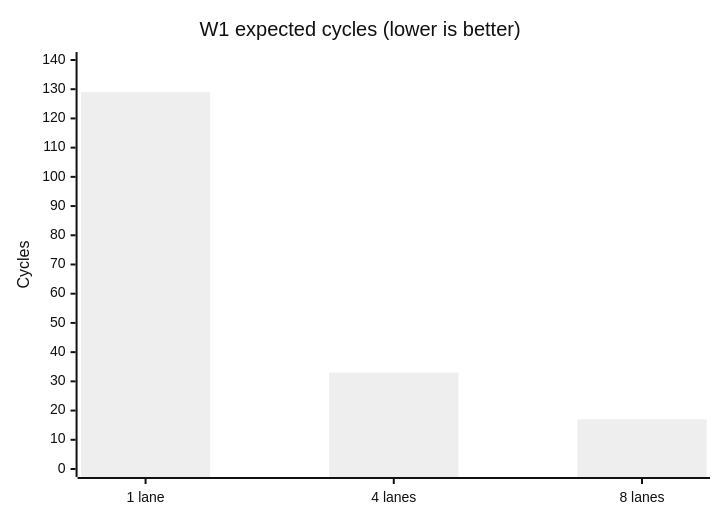
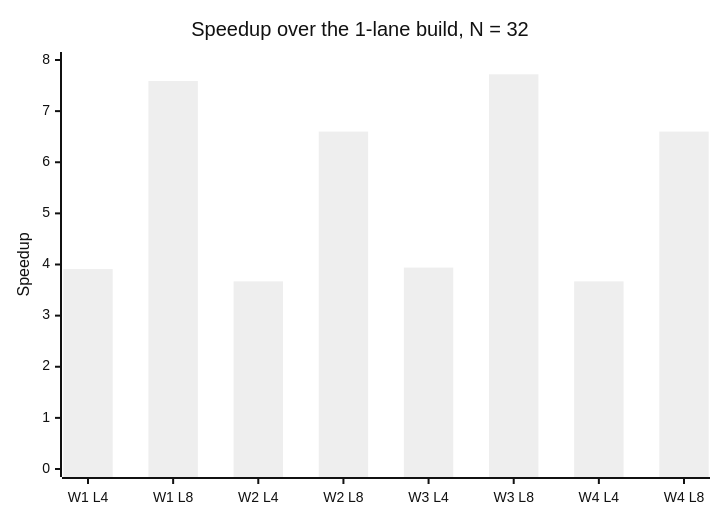
Before and after one commit to nipun1803/LaneForge: the second of 2 diagrams in docs/synthesis_and_performance.md, drawn with Mermaid (neutral theme). The commit also changed other lines of this file and 1 other file, not shown here.

````diff
--- a/docs/synthesis_and_performance.md
+++ b/docs/synthesis_and_performance.md
@@ -90,7 +134,7 @@
 ```mermaid
 xychart-beta
-    title "W1 expected cycles (lower is better)"
-    x-axis ["1 lane", "4 lanes", "8 lanes"]
-    y-axis "Cycles" 0 --> 140
-    bar [129, 33, 17]
+    title "Speedup over the 1-lane build, N = 32"
+    x-axis ["W1 L4", "W1 L8", "W2 L4", "W2 L8", "W3 L4", "W3 L8", "W4 L4", "W4 L8"]
+    y-axis "Speedup" 0 --> 8
+    bar [3.91, 7.59, 3.67, 6.60, 3.94, 7.72, 3.67, 6.60]
 ```
````
